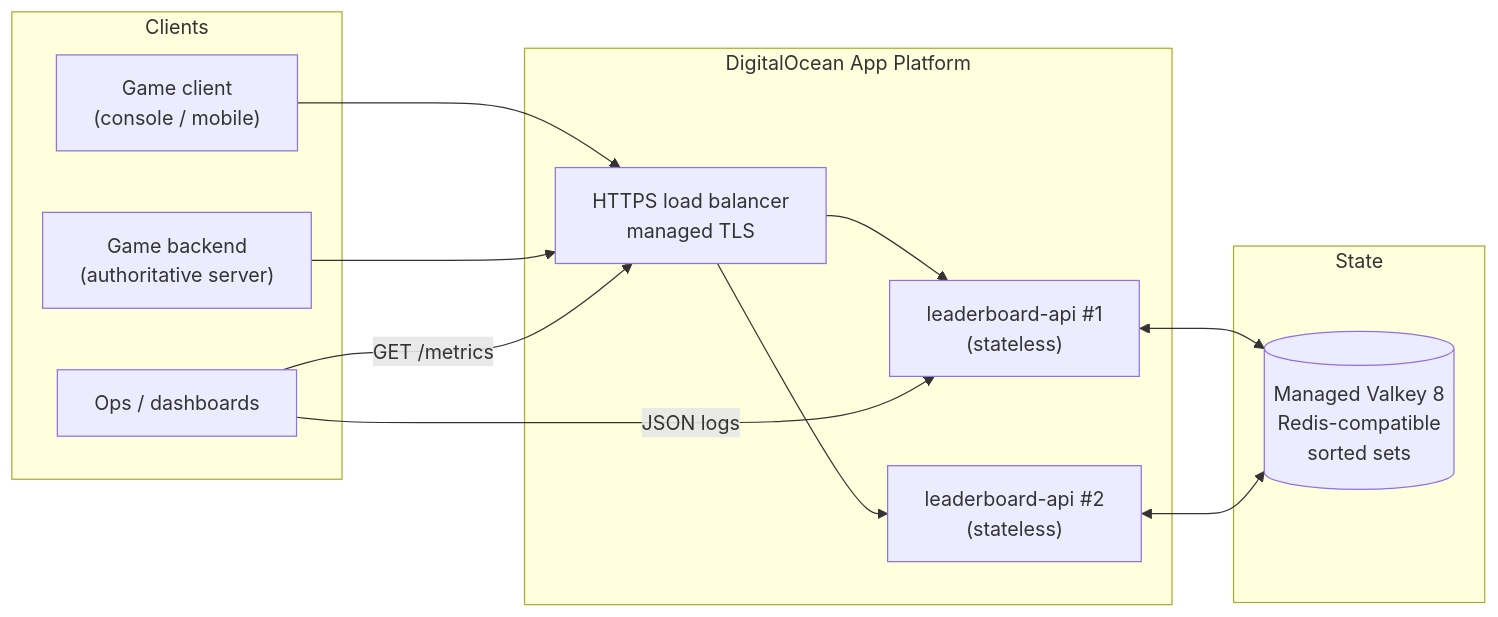
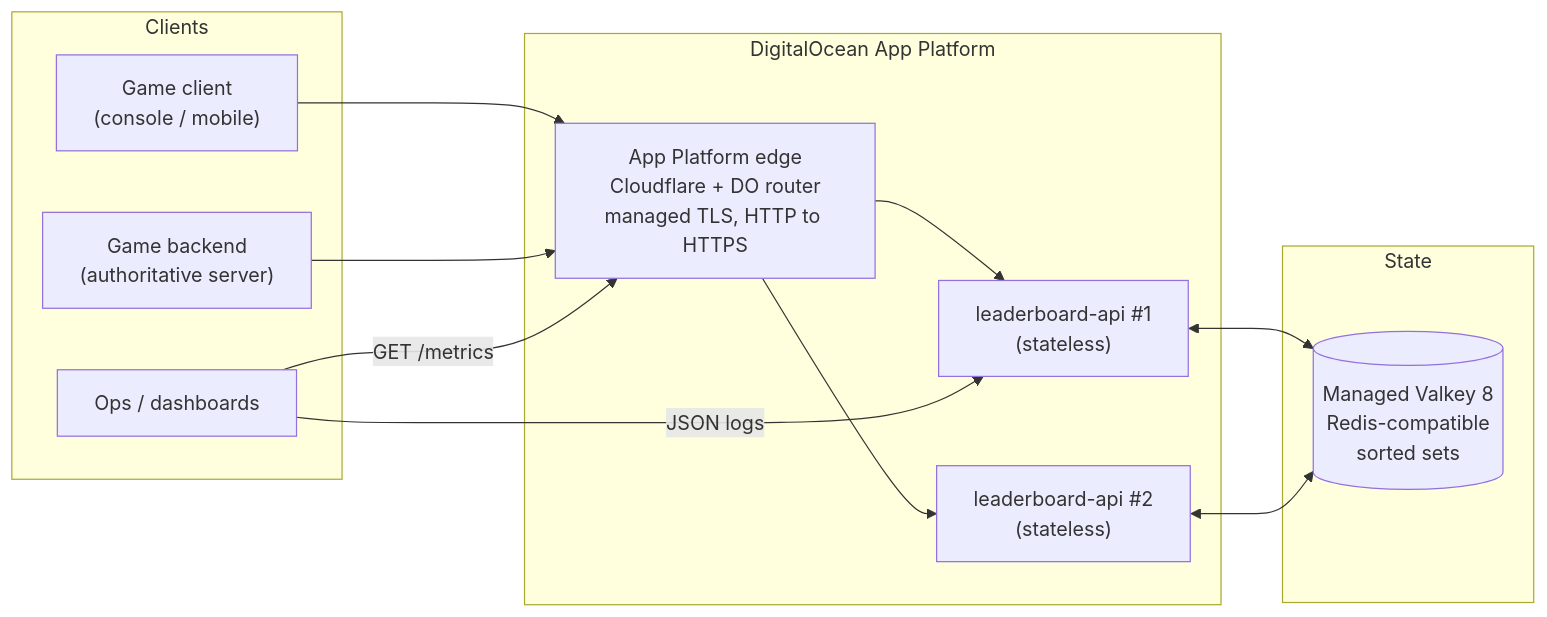
The first of 6 diagrams in docs/architecture.md (evasy/gaming-leaderboard-api), drawn with Mermaid before and after one commit. The commit also changed other lines of this file, not shown here.

First line of the commit message:
Name the edge accurately: App Platform, not a DO Load Balancer

````diff
--- a/docs/architecture.md
+++ b/docs/architecture.md
@@ -13,27 +13,27 @@
 ```mermaid
 flowchart LR
     subgraph clients["Clients"]
         game["Game client<br/>(console / mobile)"]
         backend["Game backend<br/>(authoritative server)"]
         ops["Ops / dashboards"]
     end
 
     subgraph edge["DigitalOcean App Platform"]
-        lb["HTTPS load balancer<br/>managed TLS"]
+        lb["App Platform edge<br/>Cloudflare + DO router<br/>managed TLS, HTTP to HTTPS"]
         api1["leaderboard-api #1<br/>(stateless)"]
         api2["leaderboard-api #2<br/>(stateless)"]
     end
 
     subgraph data["State"]
         redis[("Managed Valkey 8<br/>Redis-compatible<br/>sorted sets")]
     end
 
     game  --> lb
     backend --> lb
     lb --> api1
     lb --> api2
     api1 <--> redis
     api2 <--> redis
     ops -- "GET /metrics" --> lb
     ops -- "JSON logs" --> api1
 ```
````
